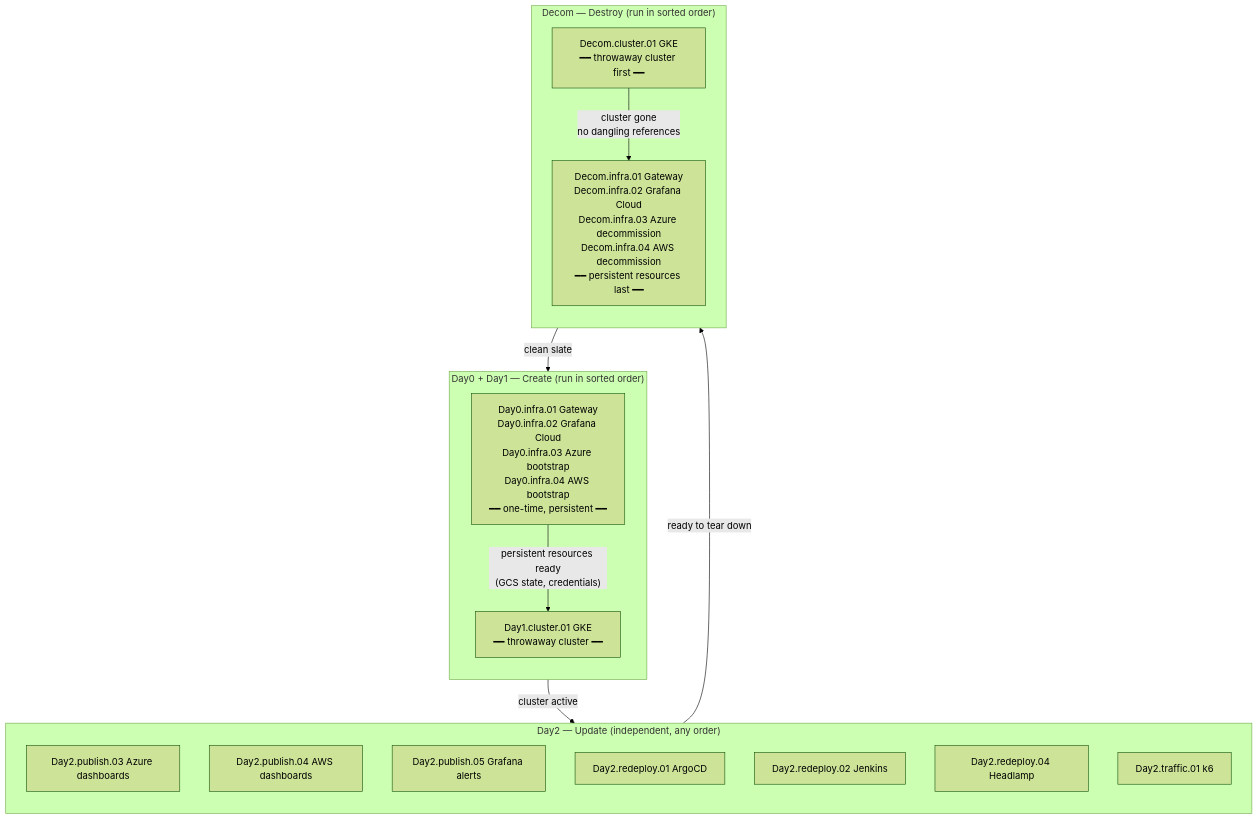
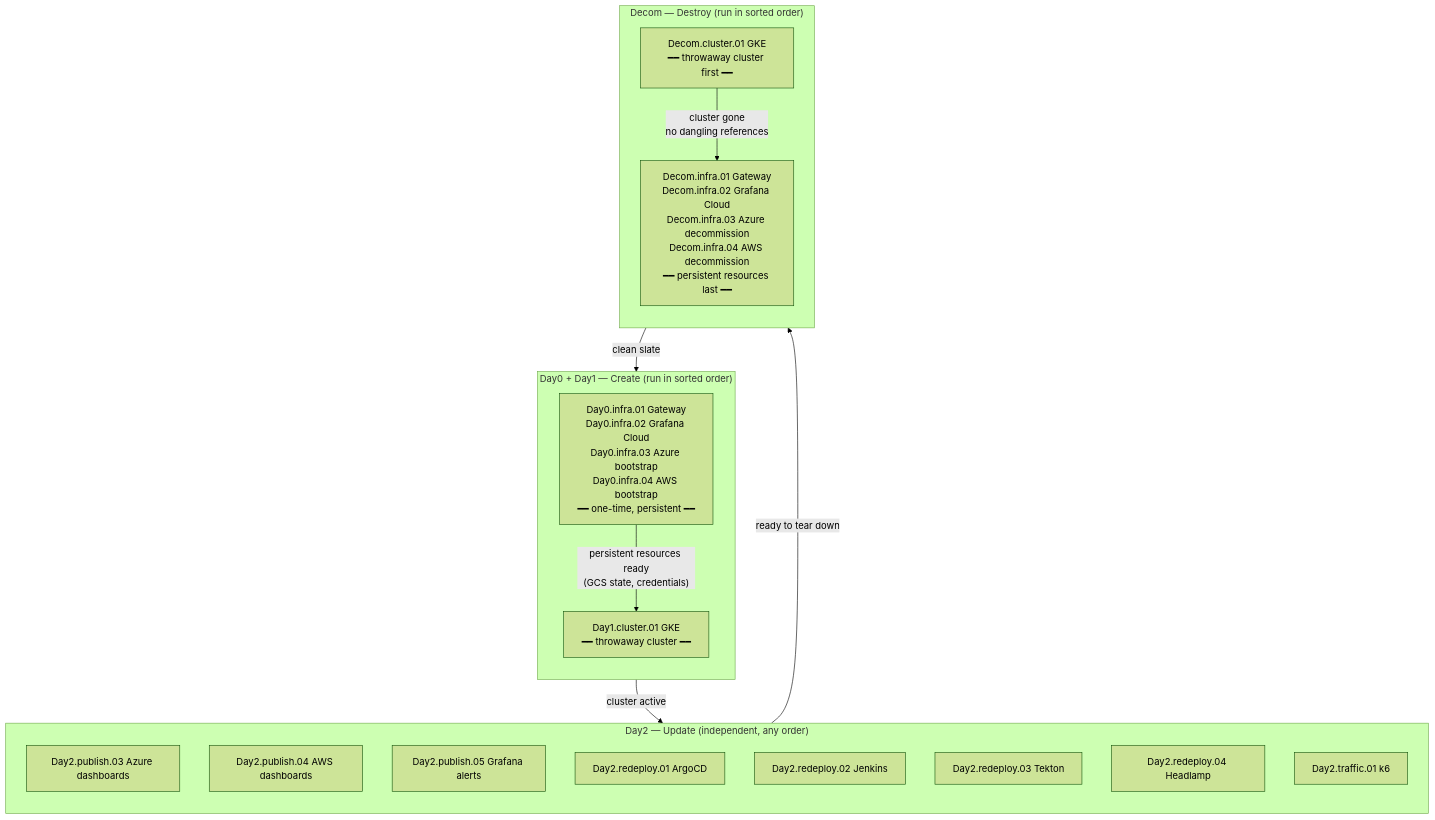
One commit to nubenetes/jenkins-2026 changed the first of 2 diagrams in docs/101-GITHUB_ACTIONS_WORKFLOWS.md. Above: the diagram before and after it, drawn with Mermaid (forest theme). The commit also changed other lines of this file and 48 other files, not shown here.

````diff
--- a/docs/101-GITHUB_ACTIONS_WORKFLOWS.md
+++ b/docs/101-GITHUB_ACTIONS_WORKFLOWS.md
@@ -76,31 +80,32 @@
 ```mermaid
 flowchart TD
     subgraph PHASE0 ["Day0 + Day1 — Create (run in sorted order)"]
         direction TB
         P0_1["Day0.infra.01 Gateway\nDay0.infra.02 Grafana Cloud\nDay0.infra.03 Azure bootstrap\nDay0.infra.04 AWS bootstrap\n━━ one-time, persistent ━━"]
         P0_2["Day1.cluster.01 GKE\n━━ throwaway cluster ━━"]
         P0_1 -->|"persistent resources ready\n(GCS state, credentials)"| P0_2
     end
 
     subgraph PHASE5 ["Day2 — Update (independent, any order)"]
         direction TB
         P5_1a["Day2.publish.03 Azure dashboards"]
         P5_1b["Day2.publish.04 AWS dashboards"]
         P5_1c["Day2.publish.05 Grafana alerts"]
         P5_2z["Day2.redeploy.01 ArgoCD"]
         P5_2a["Day2.redeploy.02 Jenkins"]
+        P5_2t["Day2.redeploy.03 Tekton"]
         P5_2b["Day2.redeploy.04 Headlamp"]
         P5_9["Day2.traffic.01 k6"]
     end
 
     subgraph PHASE9 ["Decom — Destroy (run in sorted order)"]
         direction TB
         P9_1["Decom.cluster.01 GKE\n━━ throwaway cluster first ━━"]
         P9_2["Decom.infra.01 Gateway\nDecom.infra.02 Grafana Cloud\nDecom.infra.03 Azure decommission\nDecom.infra.04 AWS decommission\n━━ persistent resources last ━━"]
         P9_1 -->|"cluster gone\nno dangling references"| P9_2
     end
 
     PHASE0 -->|"cluster active"| PHASE5
     PHASE5 -->|"ready to tear down"| PHASE9
     PHASE9 -->|"clean slate"| PHASE0
 ```
````
